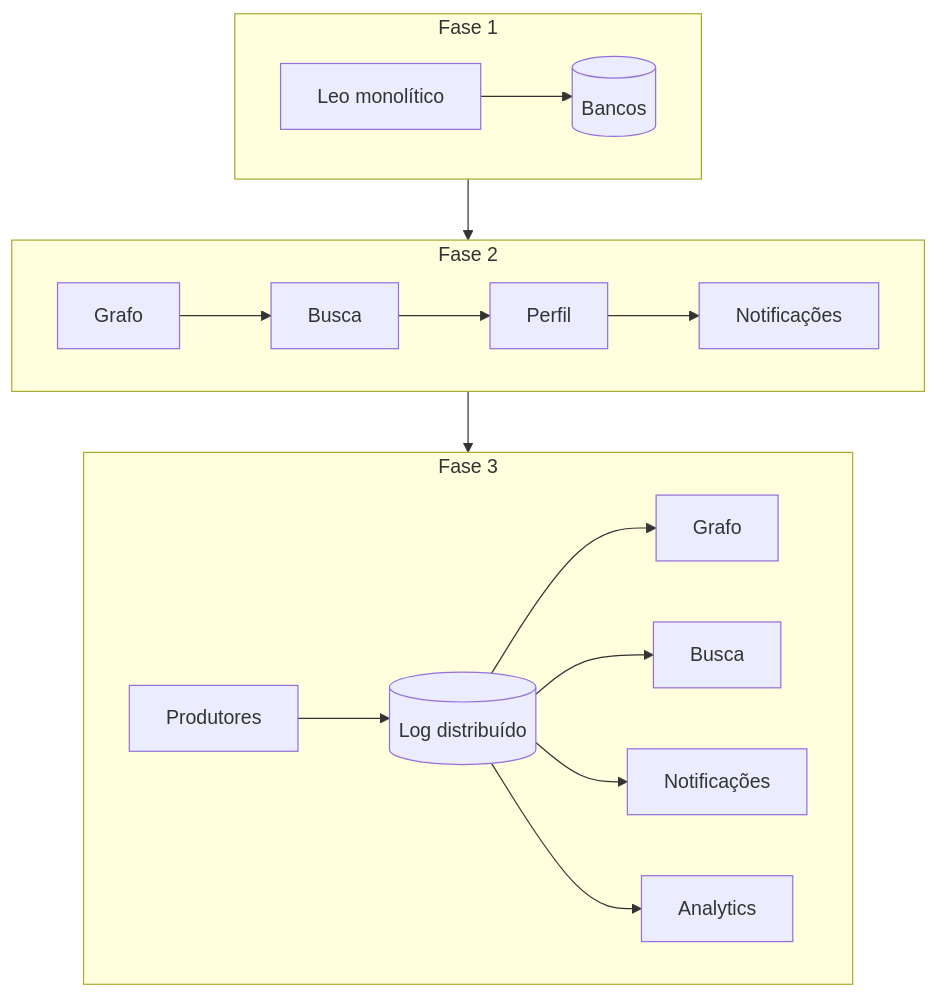
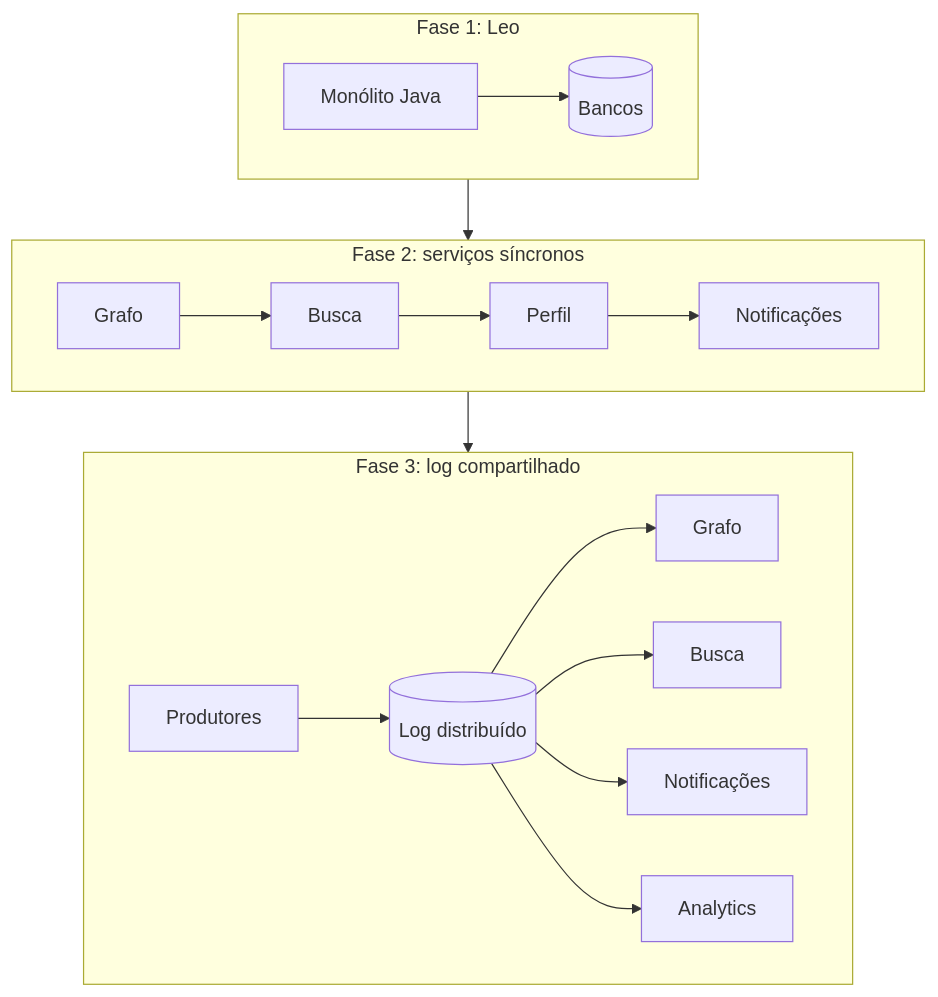
Before and after one commit to marco-mendes/arquitetura-software: the diagram in docs/modulo-5-eventos/casos-reais.md, drawn with Mermaid. The commit also changed other lines of this file and 17 other files, not shown here.

````diff
--- a/docs/modulo-5-eventos/casos-reais.md
+++ b/docs/modulo-5-eventos/casos-reais.md
@@ -23,19 +41,19 @@
 ```mermaid
 flowchart TB
-    subgraph F1[Fase 1]
-    L[Leo monolítico] --> DB[(Bancos)]
+    subgraph F1[Fase 1: Leo]
+    L[Monólito Java] --> DB[(Bancos)]
     end
-    subgraph F2[Fase 2]
+    subgraph F2[Fase 2: serviços síncronos]
     S1[Grafo] --> S2[Busca]
     S2 --> S3[Perfil]
     S3 --> S4[Notificações]
     end
-    subgraph F3[Fase 3]
+    subgraph F3[Fase 3: log compartilhado]
     P[Produtores] --> K[(Log distribuído)]
     K --> C1[Grafo]
     K --> C2[Busca]
     K --> C3[Notificações]
     K --> C4[Analytics]
     end
     F1 --> F2 --> F3
 ```
````
